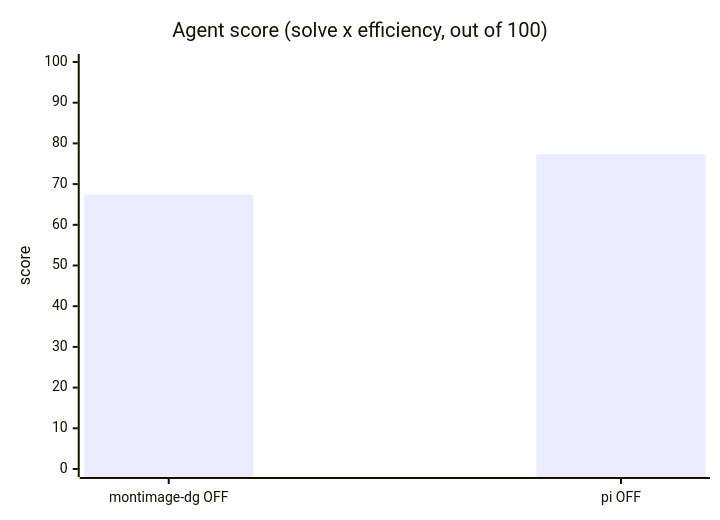
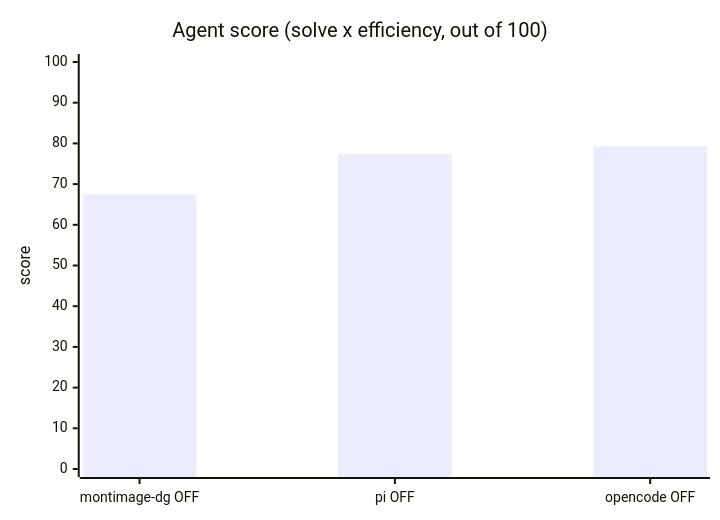
Before and after one commit to luongnv89/dgx-spark-llm-lab: the third of 6 diagrams in results/2026-08-20-pi-harness/REPORT.md, drawn with Mermaid. The commit also changed other lines of this file and 9 other files, not shown here.

````diff
--- a/results/2026-08-20-pi-harness/REPORT.md
+++ b/results/2026-08-20-pi-harness/REPORT.md
@@ -42,7 +43,7 @@
 ```mermaid
 xychart-beta
     title "Agent score (solve x efficiency, out of 100)"
-    x-axis ["montimage-dg OFF", "pi OFF"]
+    x-axis ["montimage-dg OFF", "pi OFF", "opencode OFF"]
     y-axis "score" 0 --> 100
-    bar [67.43, 77.38]
+    bar [67.43, 77.38, 79.26]
 ```
````
